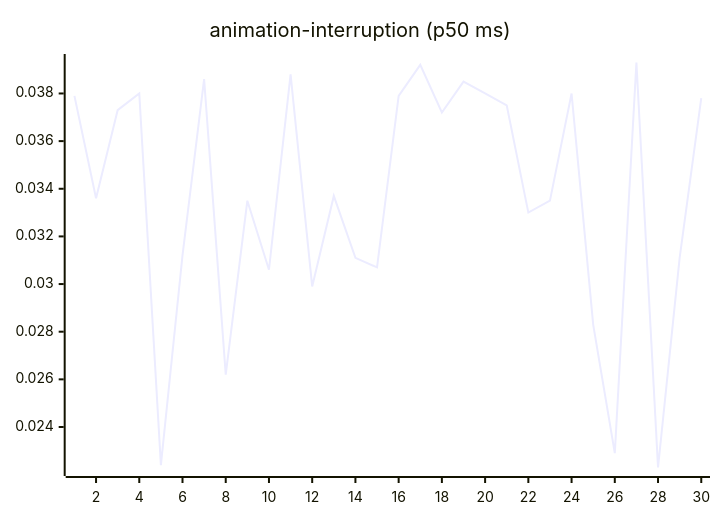
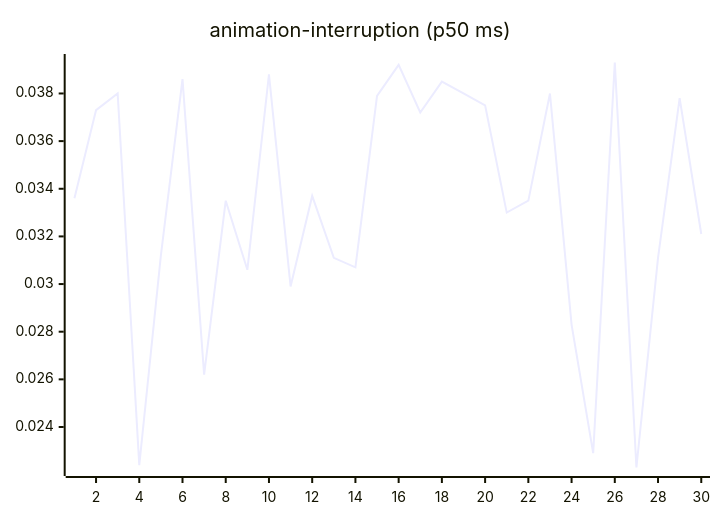
Before and after one commit to josha/Facet: the third of 27 diagrams in README.md, drawn with Mermaid. The commit also changed other lines of this file and 2 other files, not shown here.

````diff
--- a/README.md
+++ b/README.md
@@ -77,6 +77,6 @@
 ```mermaid
 xychart-beta
     title "animation-interruption (p50 ms)"
     x-axis 1 --> 30
-    line [0.0379, 0.0336, 0.0373, 0.0380, 0.0224, 0.0312, 0.0386, 0.0262, 0.0335, 0.0306, 0.0388, 0.0299, 0.0337, 0.0311, 0.0307, 0.0379, 0.0392, 0.0372, 0.0385, 0.0380, 0.0375, 0.0330, 0.0335, 0.0380, 0.0283, 0.0229, 0.0393, 0.0223, 0.0311, 0.0378]
+    line [0.0336, 0.0373, 0.0380, 0.0224, 0.0312, 0.0386, 0.0262, 0.0335, 0.0306, 0.0388, 0.0299, 0.0337, 0.0311, 0.0307, 0.0379, 0.0392, 0.0372, 0.0385, 0.0380, 0.0375, 0.0330, 0.0335, 0.0380, 0.0283, 0.0229, 0.0393, 0.0223, 0.0311, 0.0378, 0.0321]
 ```
````
